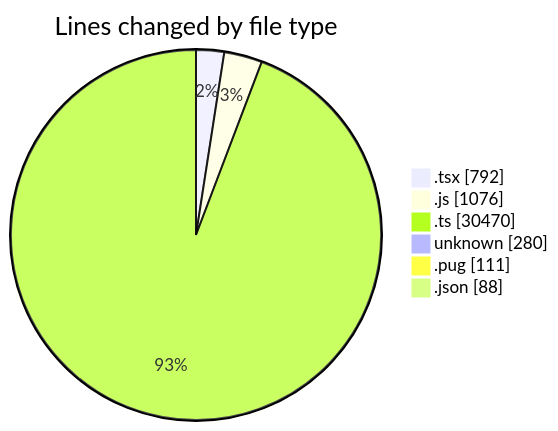
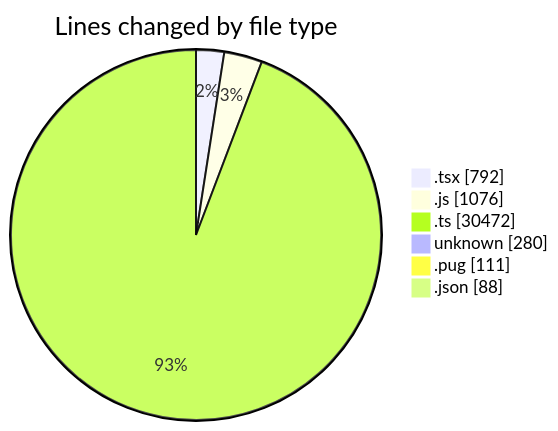
The first of 2 diagrams in 2026-06-03/cda/README.md (momahboobian/code-tracking), drawn with Mermaid before and after one commit. The commit also changed other lines of this file and 1 other file, not shown here.

````diff
--- a/2026-06-03/cda/README.md
+++ b/2026-06-03/cda/README.md
@@ -46,10 +46,10 @@
 ```mermaid
 pie showData
 title Lines changed by file type
 ".tsx" : 792
 ".js" : 1076
-".ts" : 30470
+".ts" : 30472
 "unknown" : 280
 ".pug" : 111
 ".json" : 88
 ```
````
